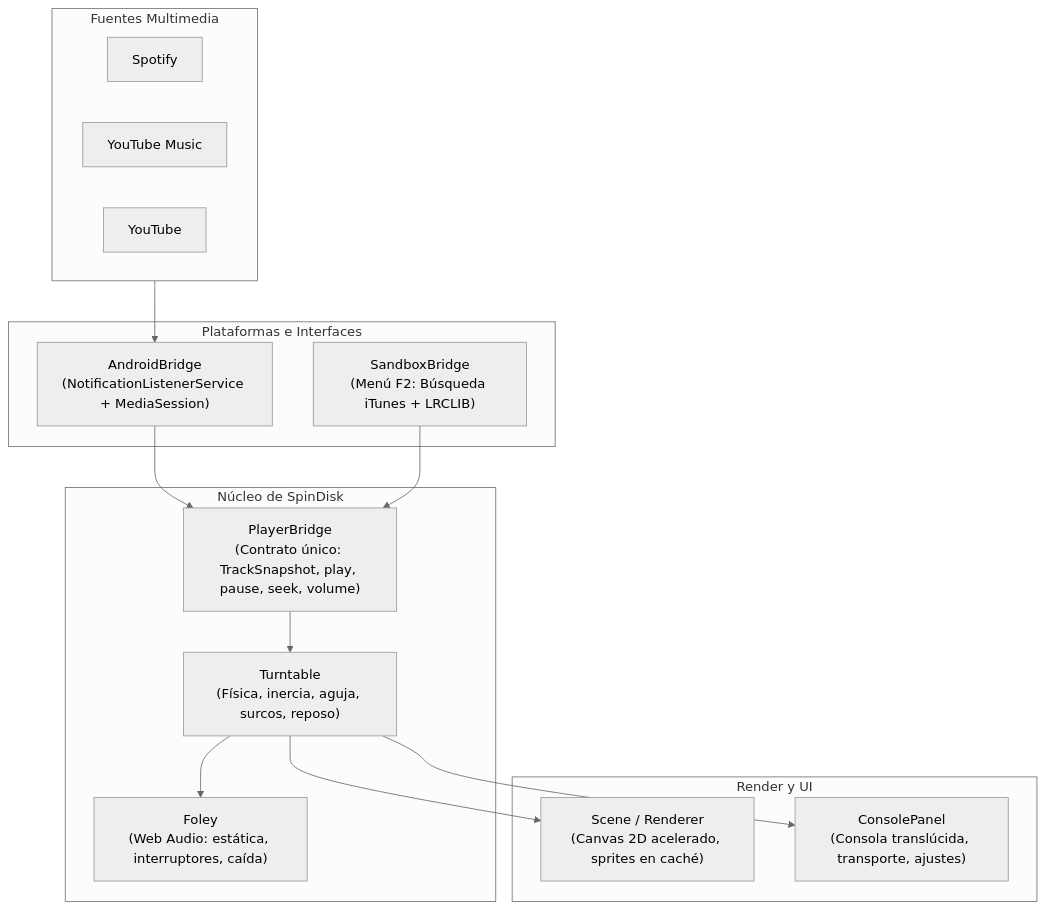
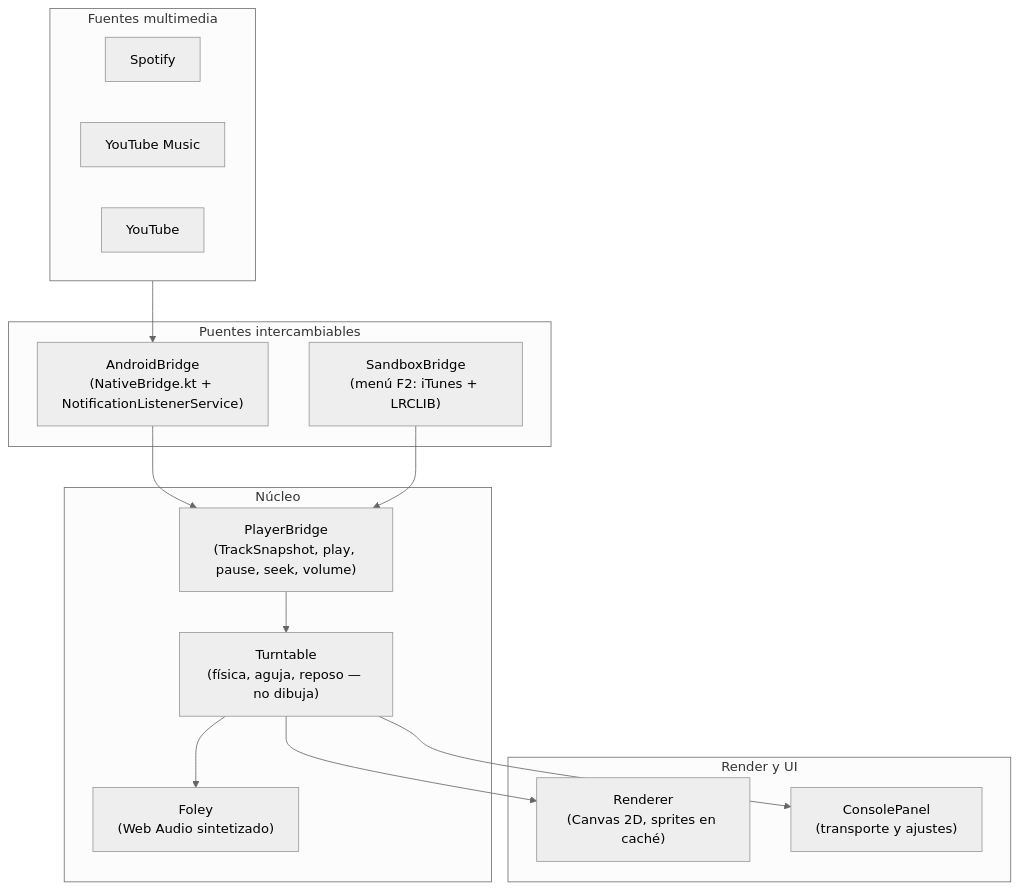
One commit to Ynnoil1211/SpinDisk changed the diagram in README.md. Above: the diagram before and after it, drawn with Mermaid (neutral theme). The commit also changed other lines of this file, not shown here.

````diff
--- a/README.md
+++ b/README.md
@@ -48,32 +52,32 @@
 ```mermaid
 flowchart TD
-    subgraph Fuentes ["Fuentes Multimedia"]
+    subgraph Fuentes ["Fuentes multimedia"]
         A[Spotify]
         B[YouTube Music]
         C[YouTube]
     end
 
-    subgraph Plataforma ["Plataformas e Interfaces"]
-        D["AndroidBridge<br/>(NotificationListenerService + MediaSession)"]
-        E["SandboxBridge<br/>(Menú F2: Búsqueda iTunes + LRCLIB)"]
+    subgraph Puentes ["Puentes intercambiables"]
+        D["AndroidBridge<br/>(NativeBridge.kt + NotificationListenerService)"]
+        E["SandboxBridge<br/>(menú F2: iTunes + LRCLIB)"]
     end
 
-    subgraph Core ["Núcleo de SpinDisk"]
-        F["PlayerBridge<br/>(Contrato único: TrackSnapshot, play, pause, seek, volume)"]
-        G["Turntable<br/>(Física, inercia, aguja, surcos, reposo)"]
-        H["Foley<br/>(Web Audio: estática, interruptores, caída)"]
+    subgraph Core ["Núcleo"]
+        F["PlayerBridge<br/>(TrackSnapshot, play, pause, seek, volume)"]
+        G["Turntable<br/>(física, aguja, reposo — no dibuja)"]
+        H["Foley<br/>(Web Audio sintetizado)"]
     end
 
     subgraph Vista ["Render y UI"]
-        I["Scene / Renderer<br/>(Canvas 2D acelerado, sprites en caché)"]
-        J["ConsolePanel<br/>(Consola translúcida, transporte, ajustes)"]
+        I["Renderer<br/>(Canvas 2D, sprites en caché)"]
+        J["ConsolePanel<br/>(transporte y ajustes)"]
     end
 
     Fuentes --> D
     D --> F
     E --> F
     F --> G
     G --> H
     G --> I
     G --> J
 ```
````
